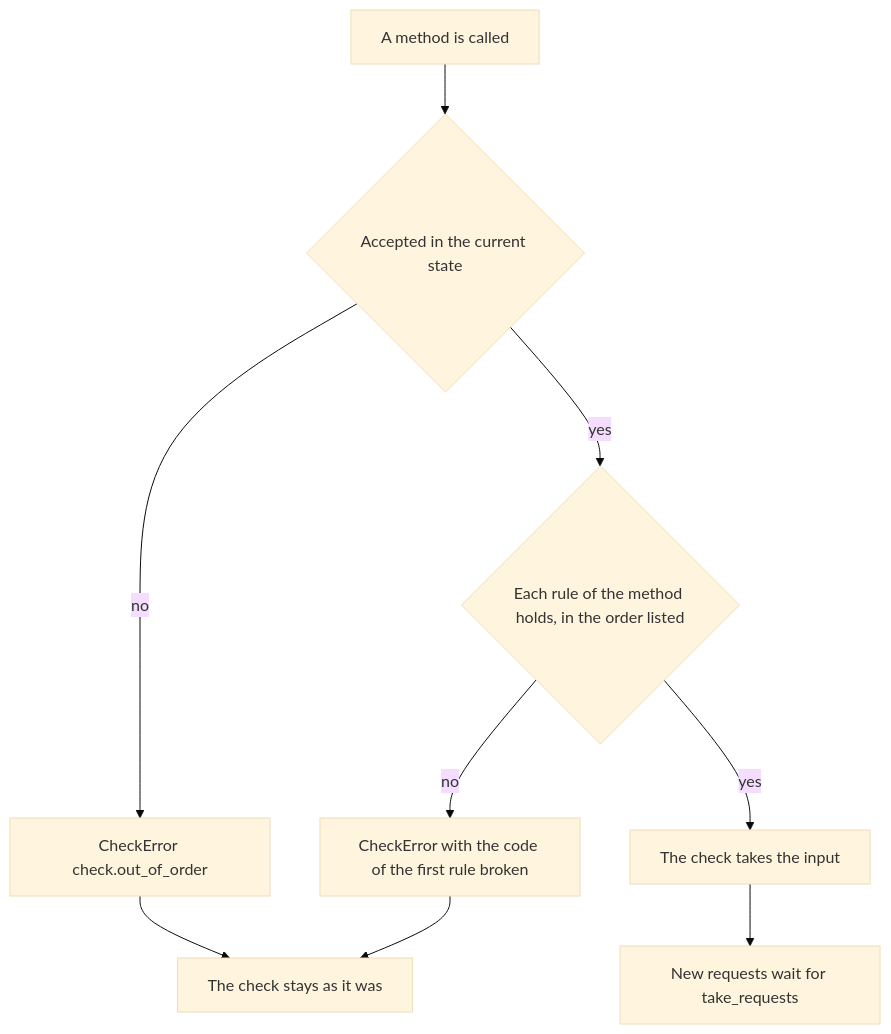
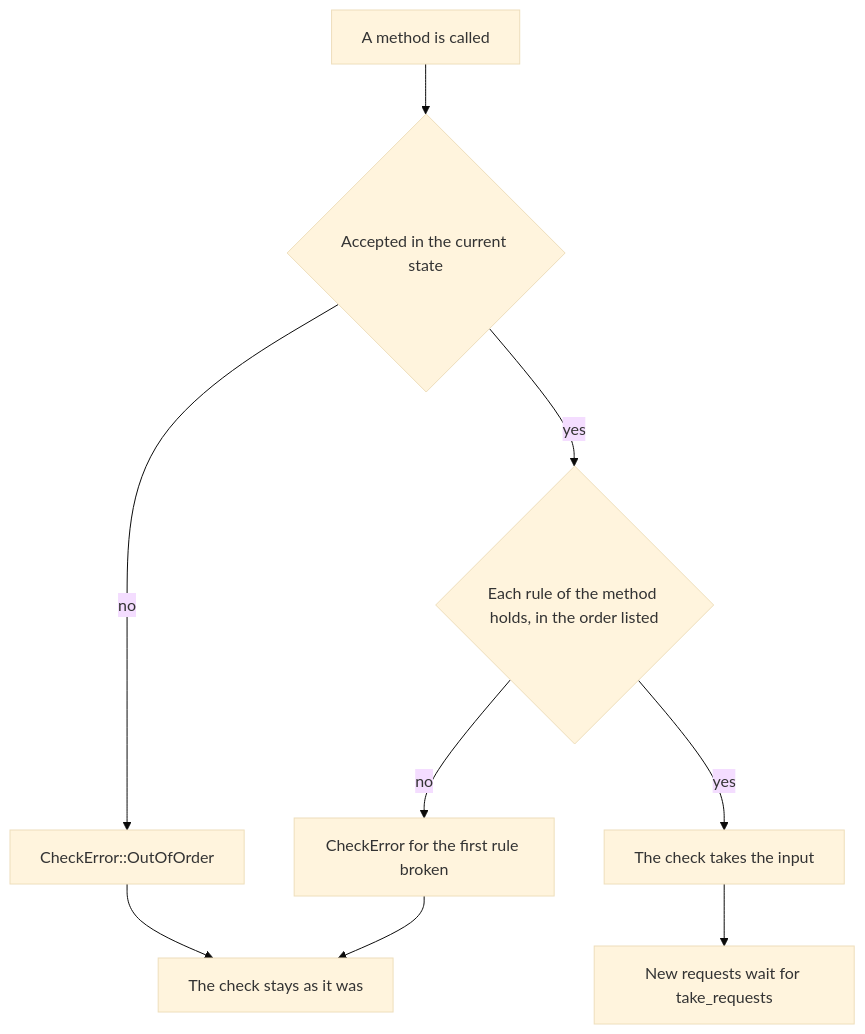
The diagram in docs/reference/api/check.md (photom/hallmark), drawn with Mermaid (base theme) before and after one commit. The commit also changed other lines of this file and 3 other files, not shown here.

````diff
--- a/docs/reference/api/check.md
+++ b/docs/reference/api/check.md
@@ -53,11 +78,11 @@
 ```mermaid
 flowchart TD
     call["A method is called"] --> state{"Accepted in the current state"}
-    state -->|"no"| order["CheckError check.out_of_order"]
+    state -->|"no"| order["CheckError::OutOfOrder"]
     state -->|"yes"| rules{"Each rule of the method holds, in the order listed"}
-    rules -->|"no"| code["CheckError with the code of the first rule broken"]
+    rules -->|"no"| code["CheckError for the first rule broken"]
     rules -->|"yes"| take["The check takes the input"]
     take --> reqs["New requests wait for take_requests"]
     order --> same["The check stays as it was"]
     code --> same
 ```
````
